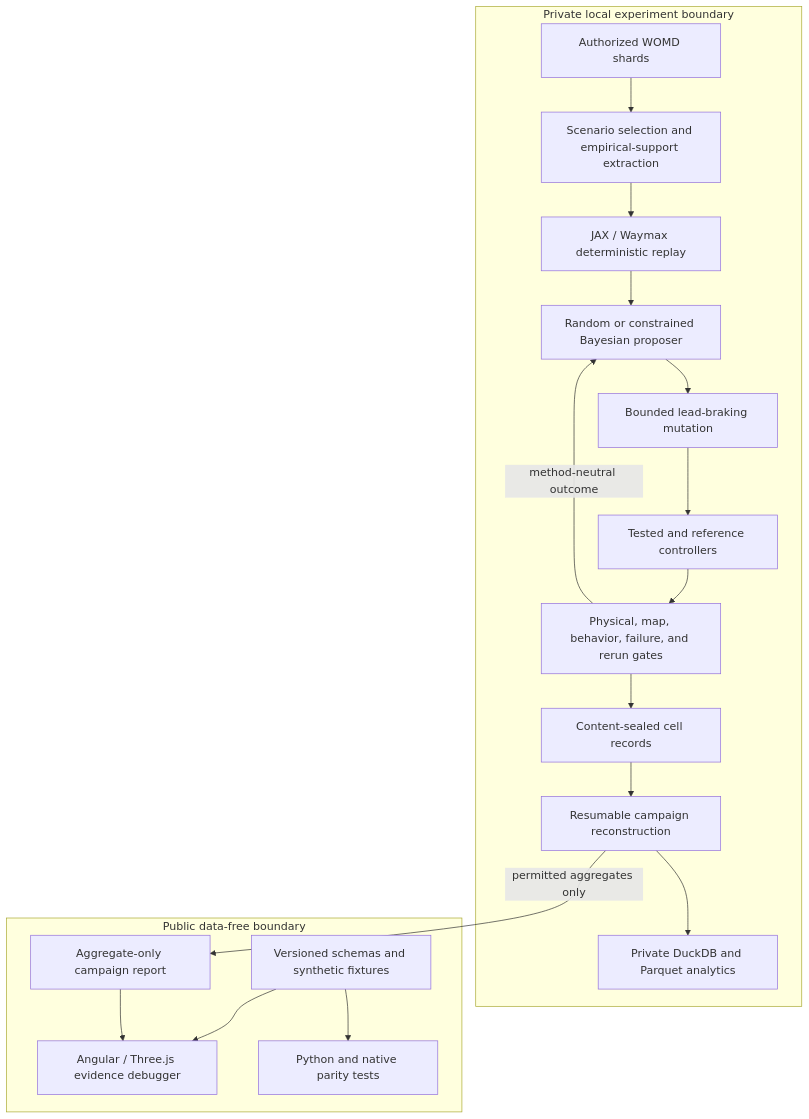
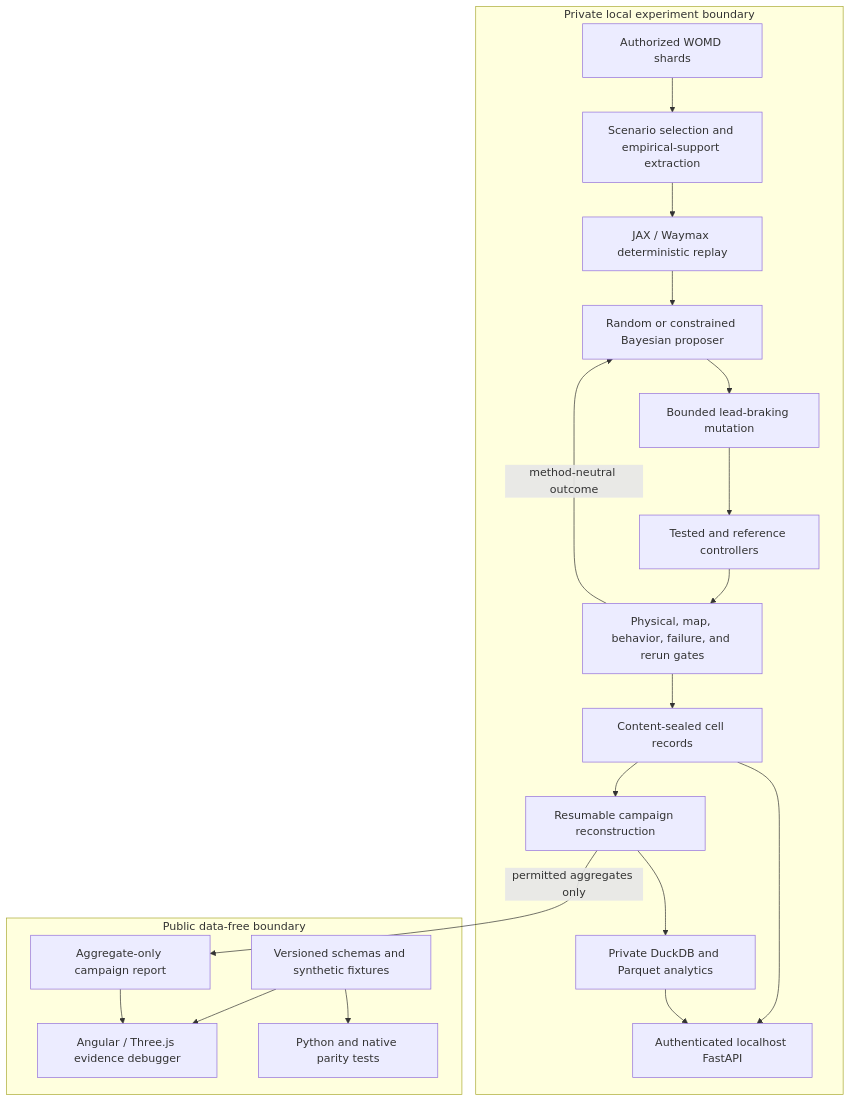
The diagram in docs/architecture.md (ethanvillalovoz/planmargin), drawn with Mermaid before and after one commit. The commit also changed other lines of this file and 6 other files, not shown here.

Commit message:
Add authenticated local evidence API (#59)

````diff
--- a/docs/architecture.md
+++ b/docs/architecture.md
@@ -11,27 +11,29 @@
 ```mermaid
 flowchart TB
     subgraph P["Private local experiment boundary"]
         A["Authorized WOMD shards"] --> B["Scenario selection and empirical-support extraction"]
         B --> C["JAX / Waymax deterministic replay"]
         C --> G["Random or constrained Bayesian proposer"]
         G --> D["Bounded lead-braking mutation"]
         D --> E["Tested and reference controllers"]
         E --> F["Physical, map, behavior, failure, and rerun gates"]
         F -->|"method-neutral outcome"| G
         F --> H["Content-sealed cell records"]
         H --> I["Resumable campaign reconstruction"]
         I --> J["Private DuckDB and Parquet analytics"]
+        H --> O["Authenticated localhost FastAPI"]
+        J --> O
     end
 
     subgraph U["Public data-free boundary"]
         K["Versioned schemas and synthetic fixtures"]
         L["Aggregate-only campaign report"]
         M["Angular / Three.js evidence debugger"]
         N["Python and native parity tests"]
         K --> M
         L --> M
         K --> N
     end
 
     I -->|"permitted aggregates only"| L
 ```
````
